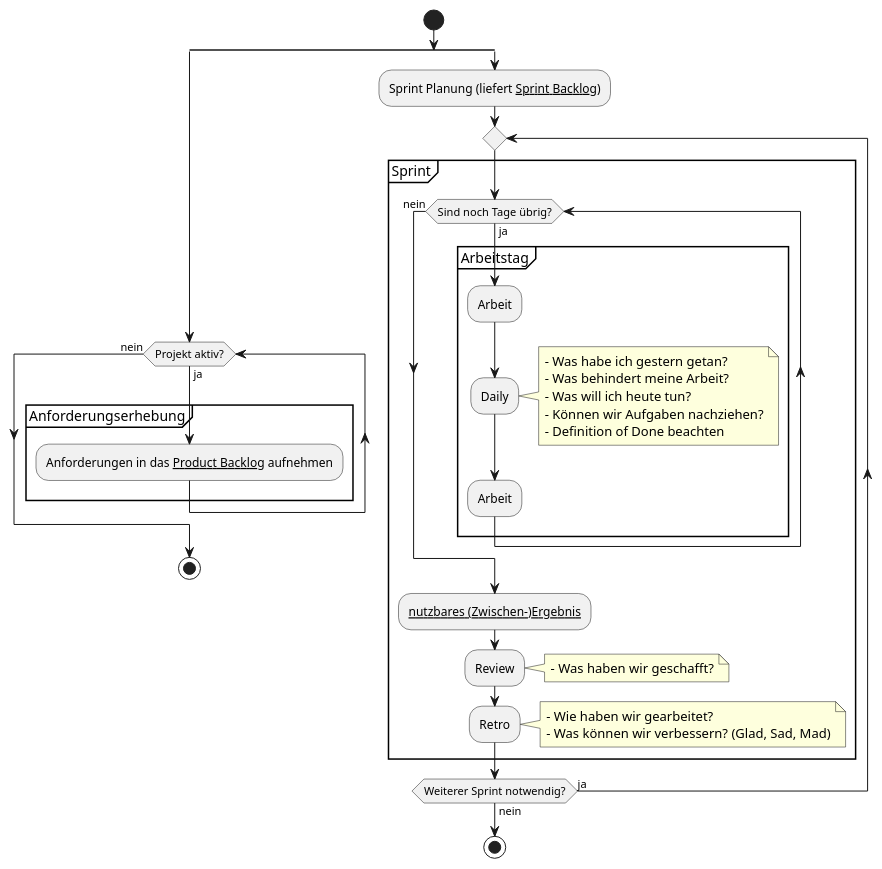
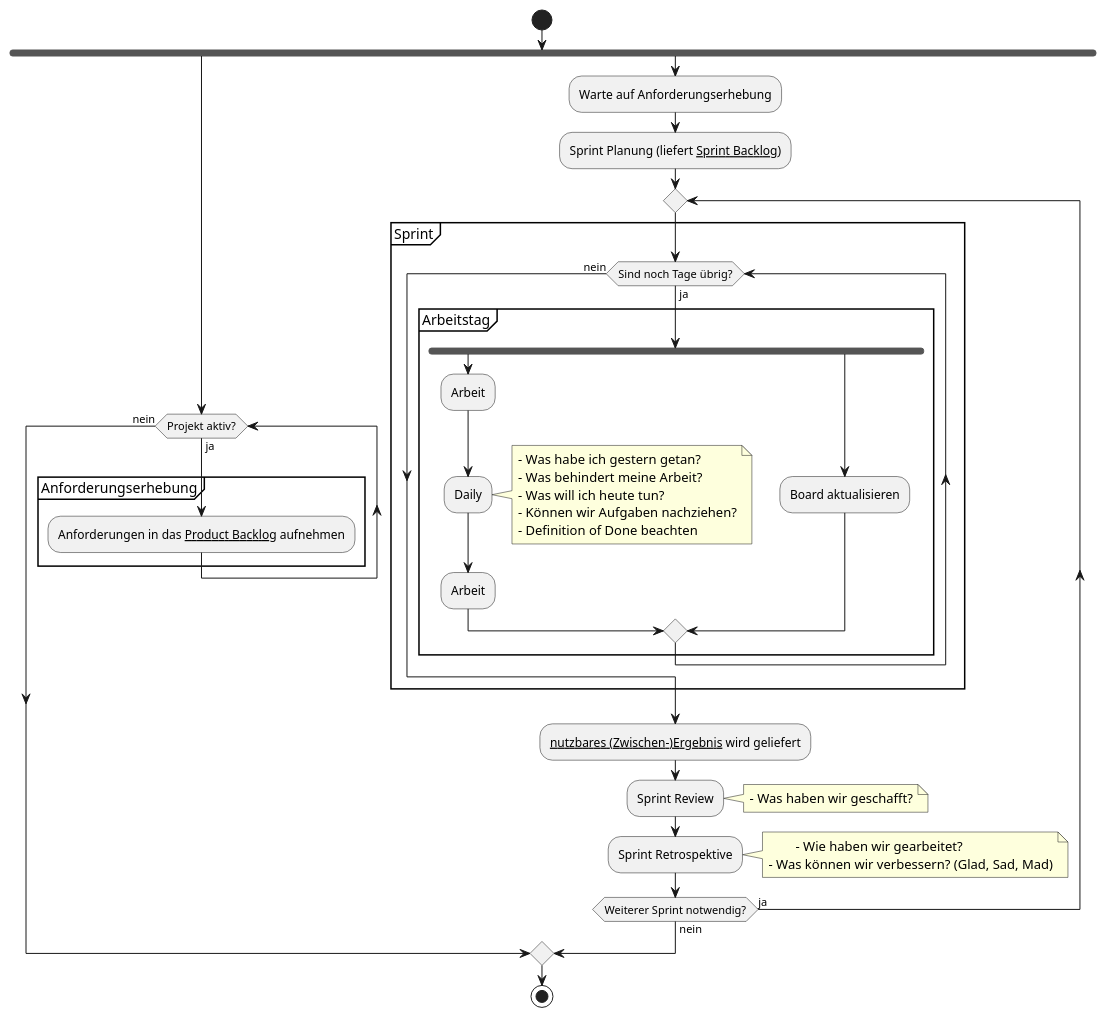
One commit to mara-schulke/thb changed the diagram in softwaretechnik/exercises/scrum.plantuml. Above: the diagram before and after it, drawn with PlantUML. The commit also changed 1 other file, not shown here.

Commit message:
update scrum diagram

```diff
--- a/softwaretechnik/exercises/scrum.plantuml
+++ b/softwaretechnik/exercises/scrum.plantuml
@@ -1,42 +1,47 @@
 @startuml
 start
-split
+fork
 	while (Projekt aktiv?) is (ja)
 		partition Anforderungserhebung {
 			:Anforderungen in das __Product Backlog__ aufnehmen;
 		}
 	endwhile (nein)
-	stop
-split again
+fork again
+	:Warte auf Anforderungserhebung;
 	:Sprint Planung (liefert __Sprint Backlog__);
 
 	repeat
 		partition Sprint {
 			while (Sind noch Tage übrig?) is (ja)
 				partition Arbeitstag {
-					:Arbeit;
-					:Daily;
-					note right
-						- Was habe ich gestern getan?
-						- Was behindert meine Arbeit?
-						- Was will ich heute tun?
-						- Können wir Aufgaben nachziehen?
-						- Definition of Done beachten
-					endnote
-					:Arbeit;
+					fork
+						:Arbeit;
+						:Daily;
+						note right
+							- Was habe ich gestern getan?
+							- Was behindert meine Arbeit?
+							- Was will ich heute tun?
+							- Können wir Aufgaben nachziehen?
+							- Definition of Done beachten
+						endnote
+						:Arbeit;
+					fork again
+						:Board aktualisieren;
+					end merge
 				}
 			endwhile (nein)
-			:__nutzbares (Zwischen-)Ergebnis__;
-			:Review;
-			note right
-				- Was haben wir geschafft?
+		}
+			:__nutzbares (Zwischen-)Ergebnis__ wird geliefert;
+		:Sprint Review;
+		note right
+		- Was haben wir geschafft?
+		endnote
+		:Sprint Retrospektive;
+		note right
+			- Wie haben wir gearbeitet?
+		- Was können wir verbessern? (Glad, Sad, Mad)
 			endnote
-			:Retro;
-			note right
-				- Wie haben wir gearbeitet?
-				- Was können wir verbessern? (Glad, Sad, Mad)
-			endnote
-		}
 	repeat while (Weiterer Sprint notwendig?) is (ja) not (nein)
-	stop
+end merge
+stop
 @enduml
```
